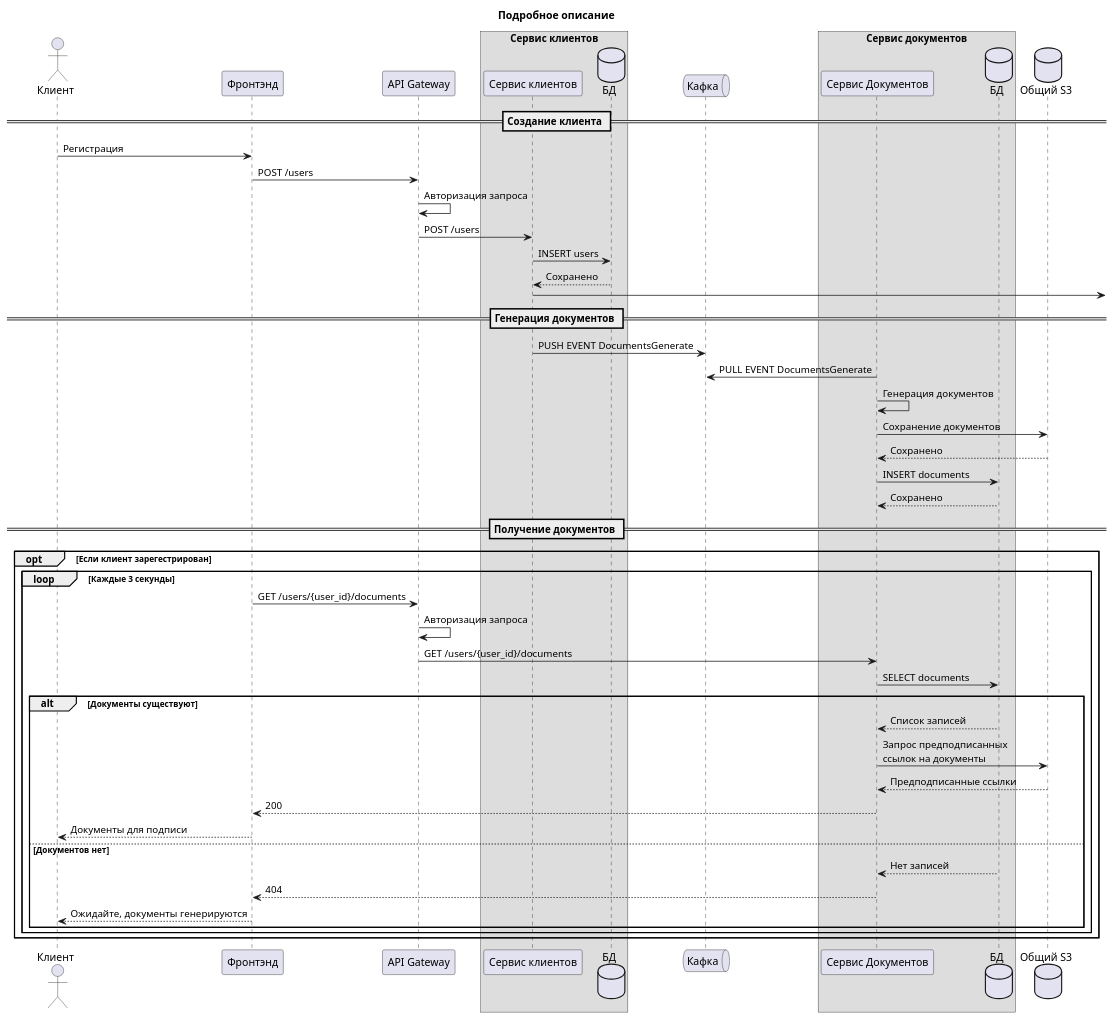
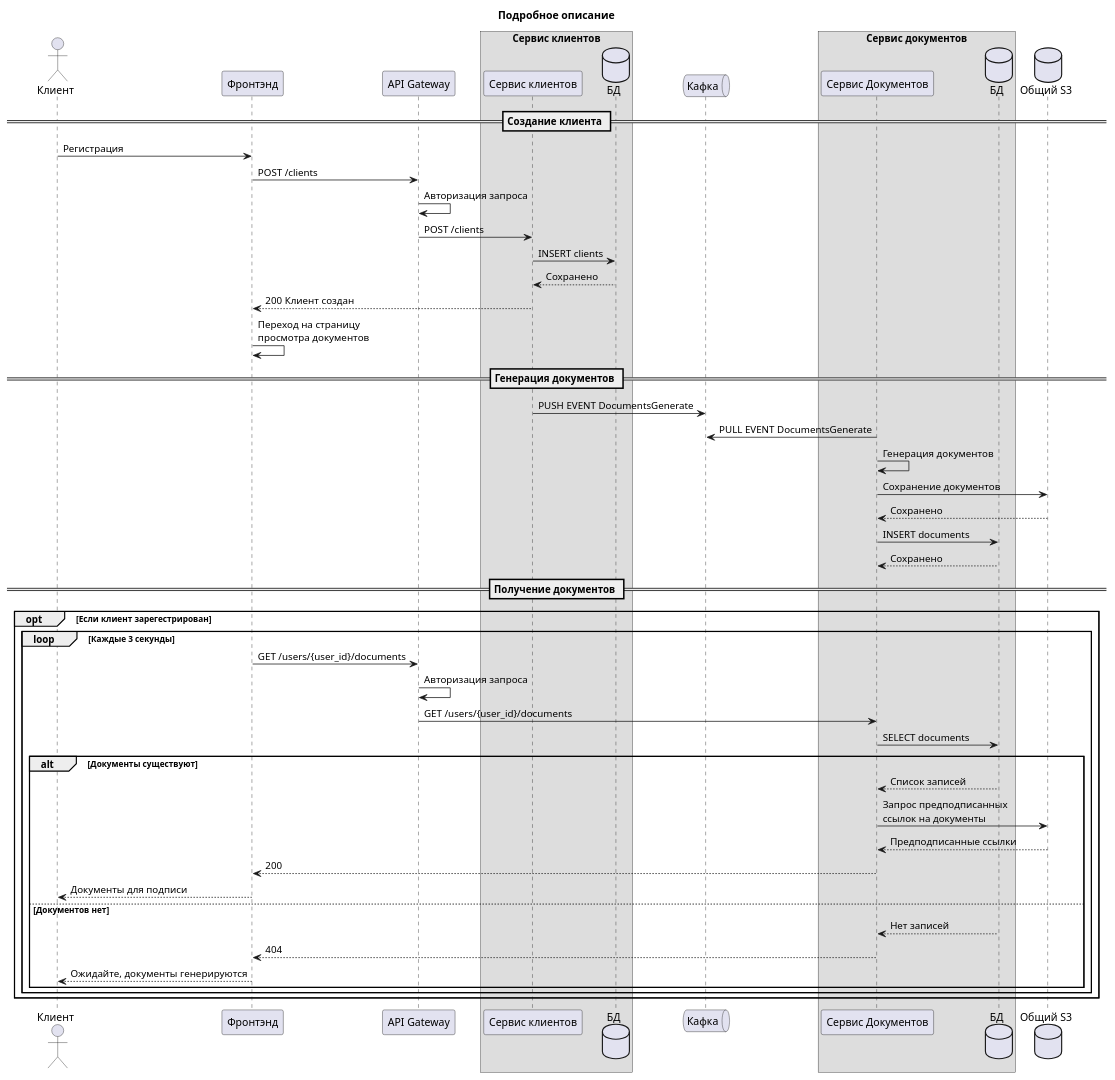
One commit to ramdirt/plantuml-course changed the diagram in lessons/6 lesson/5.puml. Above: the diagram before and after it, drawn with PlantUML. The commit also changed 1 other file, not shown here.

```diff
--- a/lessons/6 lesson/5.puml
+++ b/lessons/6 lesson/5.puml
@@ -1,61 +1,62 @@
 @startuml Широкая диаграмма
 
 title Подробное описание
 
 '__ АКТОРЫ __
 actor "Клиент" as Client
 participant "Фронтэнд" as Frontend
 participant "API Gateway" as API_Gateway
 box "Сервис клиентов"
     participant "Сервис клиентов" as Service_Clients
     database "БД" as DB_Clients
 end box
 queue "Кафка" as Kafka
 box "Сервис документов"
     participant "Сервис Документов" as Service_Documents
     database "БД" as DB_Documents
 end box
 database "Общий S3" as S3
 
 '__ ВЗАИМОДЕЙСТВИЕ __
 == Создание клиента ==
 Client -> Frontend : Регистрация
-Frontend -> API_Gateway : POST /users
+Frontend -> API_Gateway : POST /clients
 API_Gateway -> API_Gateway : Авторизация запроса
-API_Gateway -> Service_Clients: POST /users
-Service_Clients-> DB_Clients : INSERT users
-DB_Clients --> Service_Clients: Сохранено
-Service_Clients-> 
+API_Gateway -> Service_Clients: POST /clients
+Service_Clients-> DB_Clients : INSERT clients
+DB_Clients --> Service_Clients : Сохранено
+Service_Clients --> Frontend : 200 Клиент создан
+Frontend -> Frontend : Переход на страницу \nпросмотра документов 
 
 == Генерация документов ==
 Service_Clients-> Kafka : PUSH EVENT DocumentsGenerate
 Service_Documents -> Kafka : PULL EVENT DocumentsGenerate
 Service_Documents -> Service_Documents : Генерация документов
 Service_Documents -> S3 : Сохранение документов
 return Сохранено
 Service_Documents -> DB_Documents : INSERT documents
 return Сохранено
 
 
 == Получение документов ==
 opt Если клиент зарегестрирован
     loop Каждые 3 секунды
         Frontend -> API_Gateway : GET /users/{user_id}/documents
         API_Gateway -> API_Gateway : Авторизация запроса
         API_Gateway -> Service_Documents : GET /users/{user_id}/documents
         Service_Documents -> DB_Documents : SELECT documents
         alt Документы существуют
             DB_Documents --> Service_Documents : Список записей
             Service_Documents -> S3 : Запрос предподписанных \nссылок на документы
             S3 --> Service_Documents : Предподписанные ссылки
             Service_Documents --> Frontend : 200
             Frontend --> Client : Документы для подписи
         else Документов нет
             DB_Documents --> Service_Documents : Нет записей
             Service_Documents --> Frontend : 404
             Frontend --> Client : Ожидайте, документы генерируются
         end
     end
 end
 
 @enduml
```
